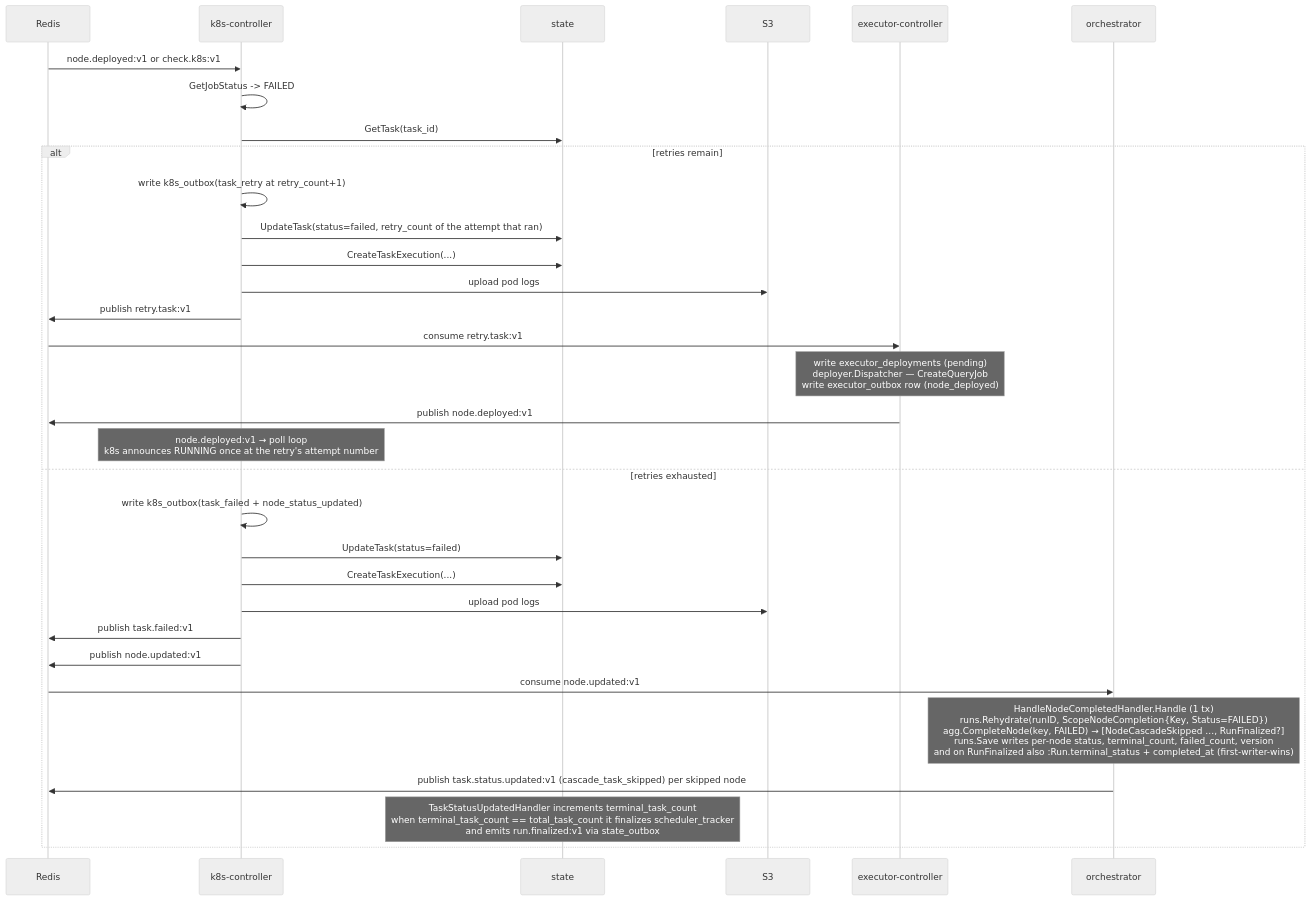
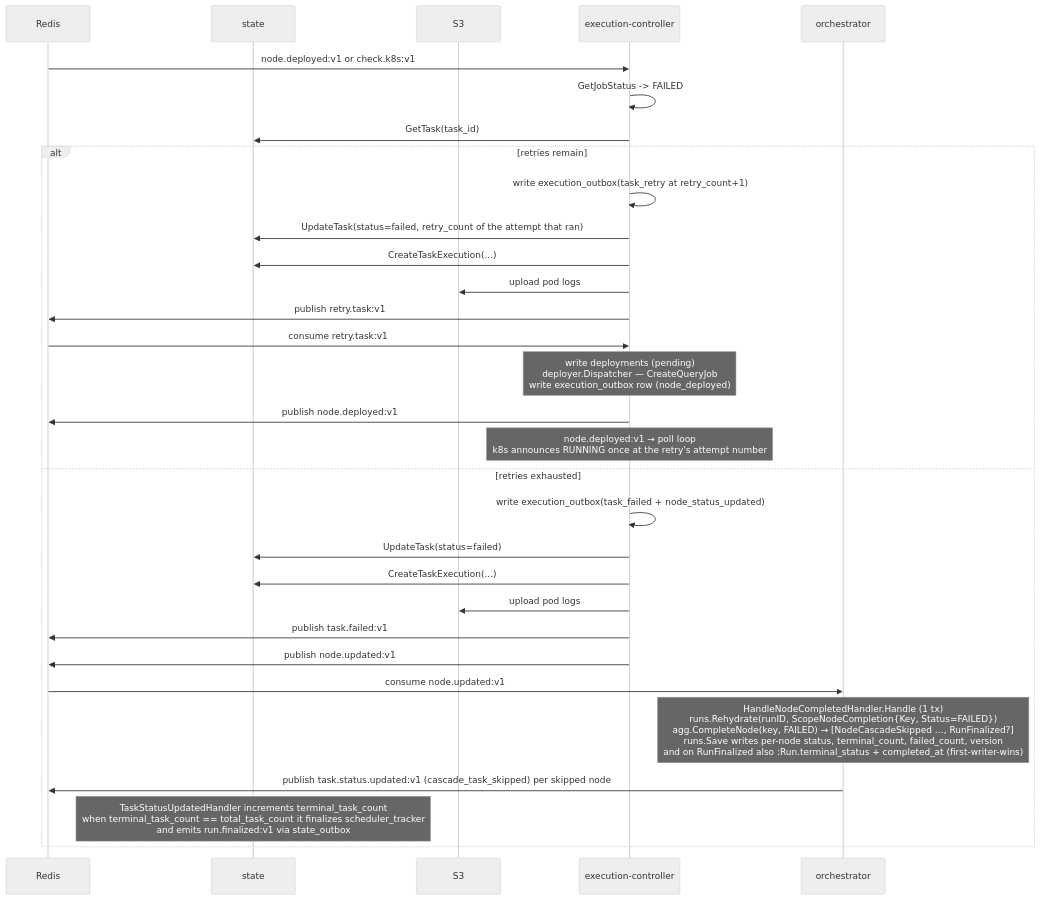
The third of 16 diagrams in docs/arch/03-sequence-flows.md (carolsimone/continuo), drawn with Mermaid (neutral theme) before and after one commit. The commit also changed other lines of this file and 504 other files, not shown here.

First line of the commit message:
execution-controller: merge executor-controller and k8s-controller into one service (#553)

````diff
--- a/docs/arch/03-sequence-flows.md
+++ b/docs/arch/03-sequence-flows.md
@@ -95,35 +93,34 @@
 ```mermaid
 sequenceDiagram
   participant R as Redis
-  participant KC as k8s-controller
   participant ST as state
   participant S3 as S3
-  participant EC as executor-controller
+  participant EC as execution-controller
   participant OR as orchestrator
 
-  R->>KC: node.deployed:v1 or check.k8s:v1
-  KC->>KC: GetJobStatus -> FAILED
-  KC->>ST: GetTask(task_id)
+  R->>EC: node.deployed:v1 or check.k8s:v1
+  EC->>EC: GetJobStatus -> FAILED
+  EC->>ST: GetTask(task_id)
   alt retries remain
-    KC->>KC: write k8s_outbox(task_retry at retry_count+1)
-    KC->>ST: UpdateTask(status=failed, retry_count of the attempt that ran)
-    KC->>ST: CreateTaskExecution(...)
-    KC->>S3: upload pod logs
-    KC->>R: publish retry.task:v1
+    EC->>EC: write execution_outbox(task_retry at retry_count+1)
+    EC->>ST: UpdateTask(status=failed, retry_count of the attempt that ran)
+    EC->>ST: CreateTaskExecution(...)
+    EC->>S3: upload pod logs
+    EC->>R: publish retry.task:v1
     R->>EC: consume retry.task:v1
-    Note over EC: write executor_deployments (pending)<br/>deployer.Dispatcher — CreateQueryJob<br/>write executor_outbox row (node_deployed)
+    Note over EC: write deployments (pending)<br/>deployer.Dispatcher — CreateQueryJob<br/>write execution_outbox row (node_deployed)
     EC->>R: publish node.deployed:v1
-    Note over KC: node.deployed:v1 → poll loop<br/>k8s announces RUNNING once at the retry's attempt number
+    Note over EC: node.deployed:v1 → poll loop<br/>k8s announces RUNNING once at the retry's attempt number
   else retries exhausted
-    KC->>KC: write k8s_outbox(task_failed + node_status_updated)
-    KC->>ST: UpdateTask(status=failed)
-    KC->>ST: CreateTaskExecution(...)
-    KC->>S3: upload pod logs
-    KC->>R: publish task.failed:v1
-    KC->>R: publish node.updated:v1
+    EC->>EC: write execution_outbox(task_failed + node_status_updated)
+    EC->>ST: UpdateTask(status=failed)
+    EC->>ST: CreateTaskExecution(...)
+    EC->>S3: upload pod logs
+    EC->>R: publish task.failed:v1
+    EC->>R: publish node.updated:v1
     R->>OR: consume node.updated:v1
     Note over OR: HandleNodeCompletedHandler.Handle (1 tx)<br/>runs.Rehydrate(runID, ScopeNodeCompletion{Key, Status=FAILED})<br/>agg.CompleteNode(key, FAILED) → [NodeCascadeSkipped …, RunFinalized?]<br/>runs.Save writes per-node status, terminal_count, failed_count, version<br/>and on RunFinalized also :Run.terminal_status + completed_at (first-writer-wins)
     OR->>R: publish task.status.updated:v1 (cascade_task_skipped) per skipped node
     Note over ST: TaskStatusUpdatedHandler increments terminal_task_count<br/>when terminal_task_count == total_task_count it finalizes scheduler_tracker<br/>and emits run.finalized:v1 via state_outbox
   end
 ```
````
